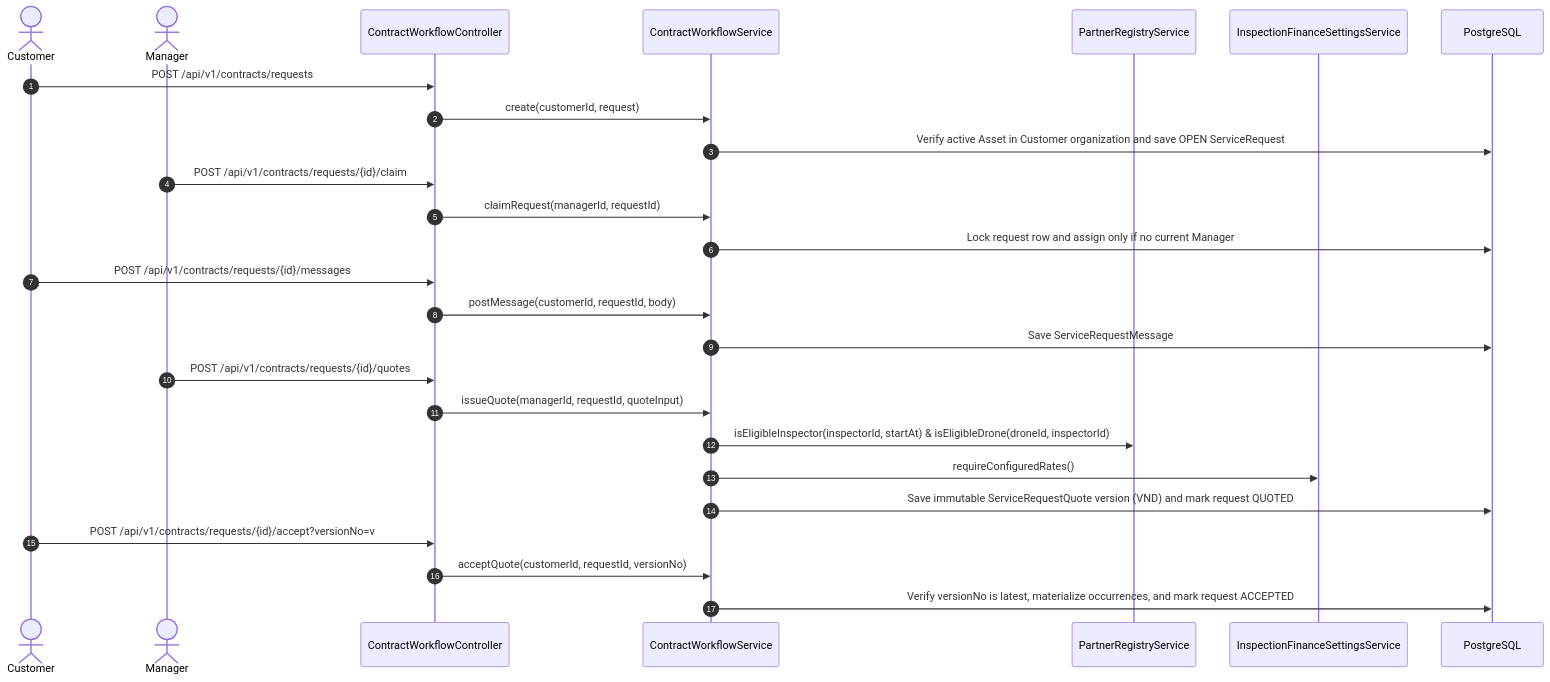
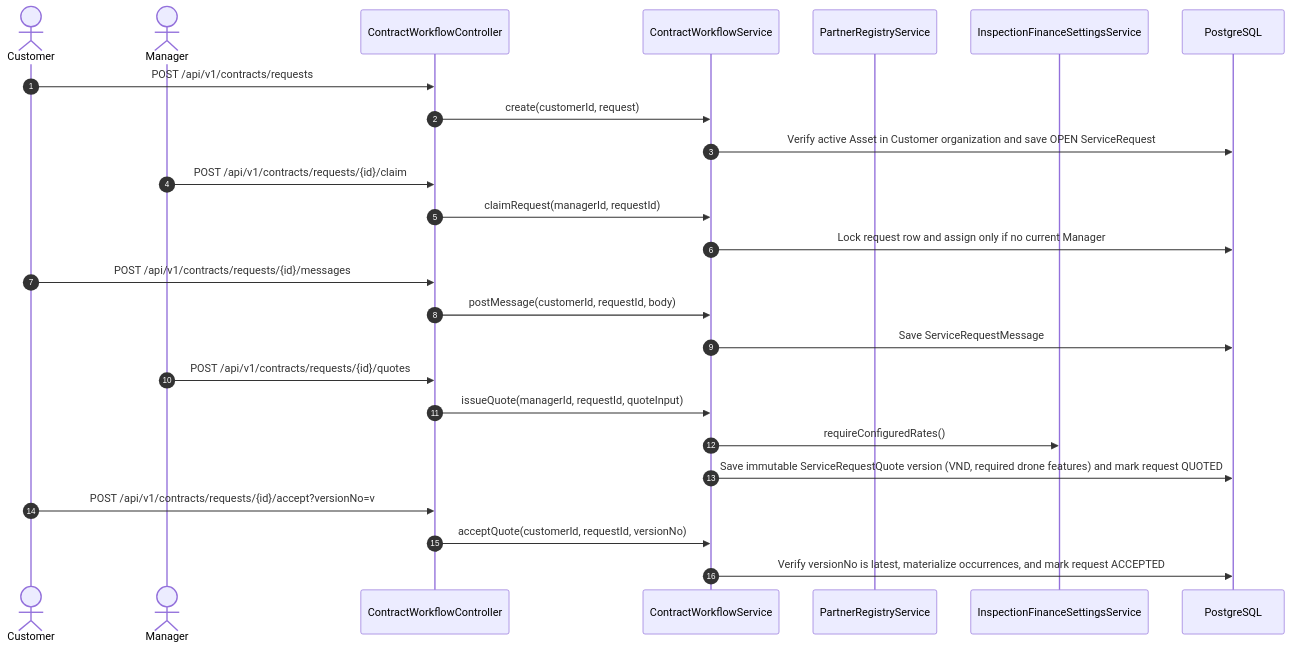
Before and after one commit to tungbach12/SmartDroneInspection-Docs: diagram 11 of 21 in reports/report-4-software-design-document/03-detailed-design.md, drawn with Mermaid. The commit also changed other lines of this file and 3 other files, not shown here.

````diff
--- a/reports/report-4-software-design-document/03-detailed-design.md
+++ b/reports/report-4-software-design-document/03-detailed-design.md
@@ -602,34 +617,33 @@
 ```mermaid
 %% title: FE-04 Service Request, Order Chat and VND Quotation Sequence Diagram
 sequenceDiagram
   autonumber
   actor Cust as Customer
   actor Mgr as Manager
   participant Ctrl as ContractWorkflowController
   participant Svc as ContractWorkflowService
   participant Partner as PartnerRegistryService
   participant FinSvc as InspectionFinanceSettingsService
   participant DB as PostgreSQL
 
   Cust->>Ctrl: POST /api/v1/contracts/requests
   Ctrl->>Svc: create(customerId, request)
   Svc->>DB: Verify active Asset in Customer organization and save OPEN ServiceRequest
 
   Mgr->>Ctrl: POST /api/v1/contracts/requests/{id}/claim
   Ctrl->>Svc: claimRequest(managerId, requestId)
   Svc->>DB: Lock request row and assign only if no current Manager
 
   Cust->>Ctrl: POST /api/v1/contracts/requests/{id}/messages
   Ctrl->>Svc: postMessage(customerId, requestId, body)
   Svc->>DB: Save ServiceRequestMessage
 
   Mgr->>Ctrl: POST /api/v1/contracts/requests/{id}/quotes
   Ctrl->>Svc: issueQuote(managerId, requestId, quoteInput)
-  Svc->>Partner: isEligibleInspector(inspectorId, startAt) & isEligibleDrone(droneId, inspectorId)
   Svc->>FinSvc: requireConfiguredRates()
-  Svc->>DB: Save immutable ServiceRequestQuote version (VND) and mark request QUOTED
+  Svc->>DB: Save immutable ServiceRequestQuote version (VND, required drone features) and mark request QUOTED
 
   Cust->>Ctrl: POST /api/v1/contracts/requests/{id}/accept?versionNo=v
   Ctrl->>Svc: acceptQuote(customerId, requestId, versionNo)
   Svc->>DB: Verify versionNo is latest, materialize occurrences, and mark request ACCEPTED
 ```
````
